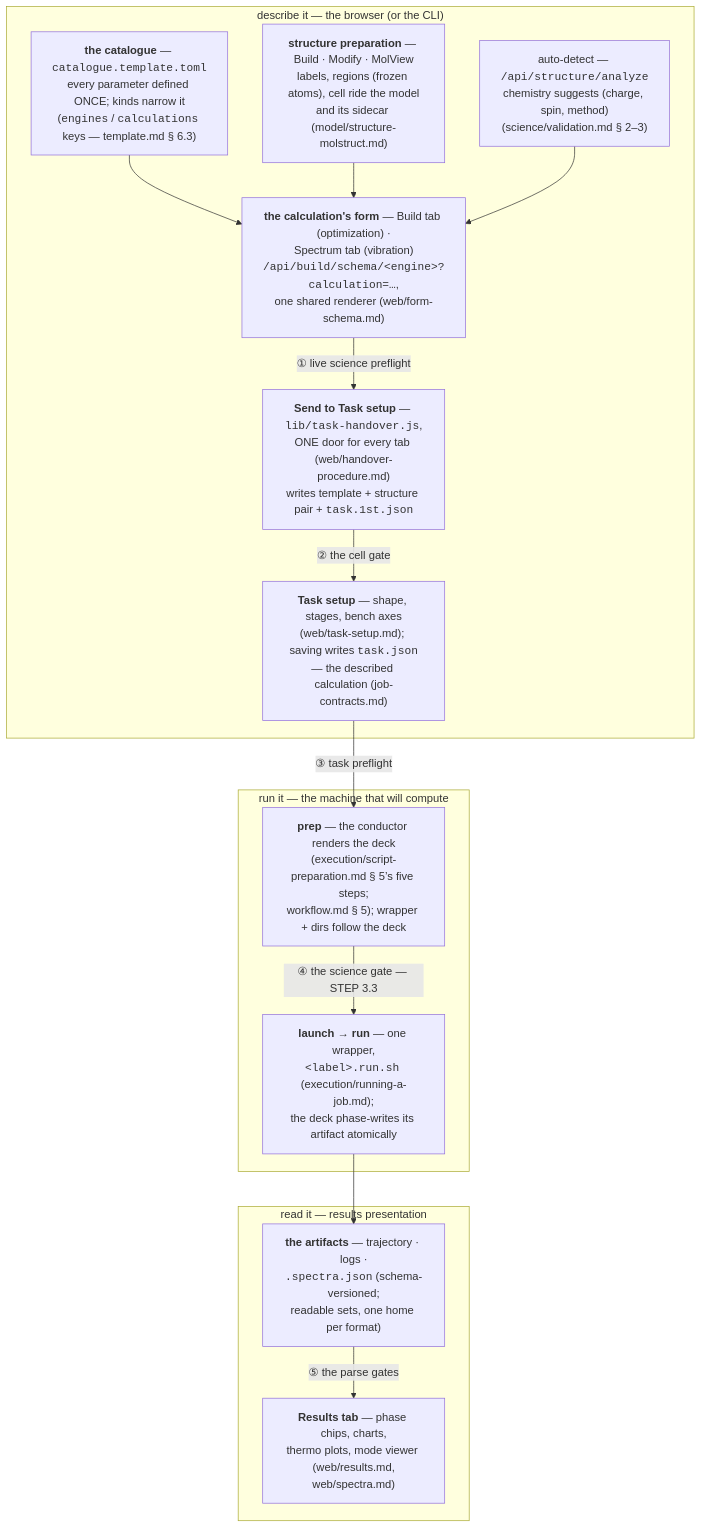
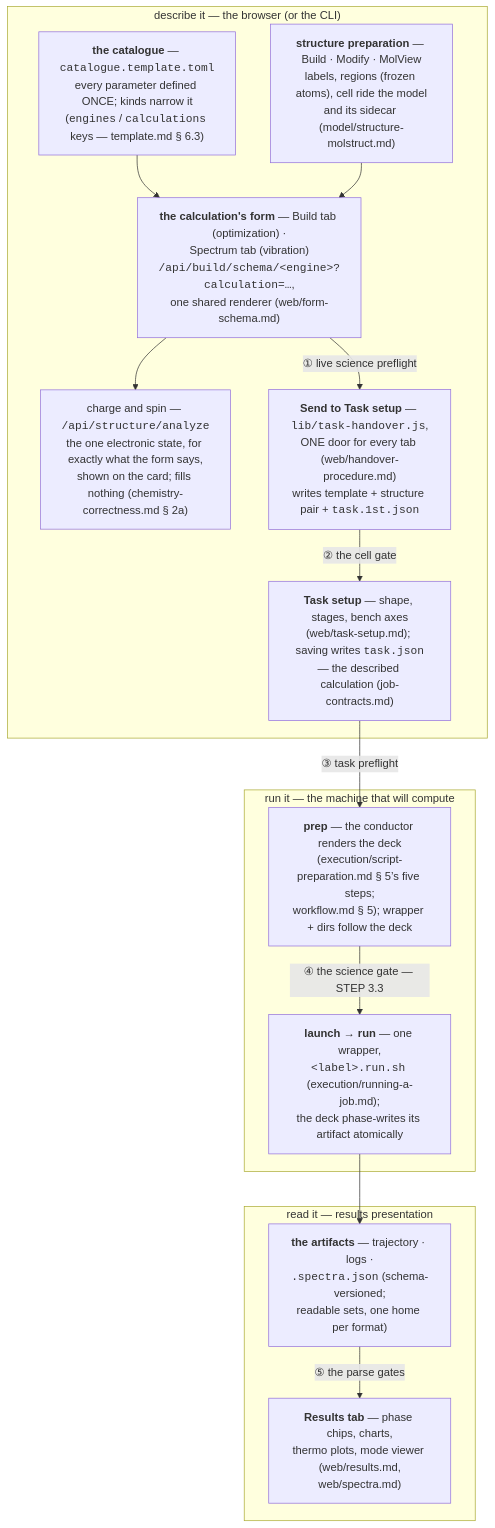
The fourth of 4 diagrams in docs/workflow.md (Qing-LAB/molbuilder), drawn with Mermaid before and after one commit. The commit also changed other lines of this file and 142 other files, not shown here.

````diff
--- a/docs/workflow.md
+++ b/docs/workflow.md
@@ -491,29 +491,29 @@
 ```mermaid
 flowchart TB
     subgraph DESCRIBE["describe it — the browser (or the CLI)"]
         CAT["<b>the catalogue</b> — <code>catalogue.template.toml</code><br/>every parameter defined ONCE; kinds narrow it<br/>(<code>engines</code> / <code>calculations</code> keys — template.md § 6.3)"]
         STRUCT["<b>structure preparation</b> — Build · Modify · MolView<br/>labels, regions (frozen atoms), cell ride the model<br/>and its sidecar (model/structure-molstruct.md)"]
         FORM["<b>the calculation's form</b> — Build tab (optimization) ·<br/>Spectrum tab (vibration)<br/><code>/api/build/schema/&lt;engine&gt;?calculation=…</code>,<br/>one shared renderer (web/form-schema.md)"]
-        DETECT["auto-detect — <code>/api/structure/analyze</code><br/>chemistry suggests (charge, spin, method)<br/>(science/validation.md § 2–3)"]
+        DETECT["charge and spin — <code>/api/structure/analyze</code><br/>the one electronic state, for exactly what the form says,<br/>shown on the card; fills nothing (chemistry-correctness.md § 2a)"]
         SEND["<b>Send to Task setup</b> — <code>lib/task-handover.js</code>,<br/>ONE door for every tab (web/handover-procedure.md)<br/>writes template + structure pair + <code>task.1st.json</code>"]
         TS["<b>Task setup</b> — shape, stages, bench axes<br/>(web/task-setup.md); saving writes <code>task.json</code><br/>— the described calculation (job-contracts.md)"]
     end
     subgraph MACHINE["run it — the machine that will compute"]
         PREP["<b>prep</b> — the conductor renders the deck<br/>(execution/script-preparation.md § 5’s five steps;<br/>workflow.md § 5); wrapper + dirs follow the deck"]
         RUN["<b>launch → run</b> — one wrapper,<br/><code>&lt;label&gt;.run.sh</code> (execution/running-a-job.md);<br/>the deck phase-writes its artifact atomically"]
     end
     subgraph READ["read it — results presentation"]
         ART["<b>the artifacts</b> — trajectory · logs ·<br/><code>.spectra.json</code> (schema-versioned;<br/>readable sets, one home per format)"]
         RES["<b>Results tab</b> — phase chips, charts,<br/>thermo plots, mode viewer (web/results.md,<br/>web/spectra.md)"]
     end
 
     CAT --> FORM
     STRUCT --> FORM
-    DETECT --> FORM
+    FORM --> DETECT
     FORM -->|"① live science preflight"| SEND
     SEND -->|"② the cell gate"| TS
     TS -->|"③ task preflight"| PREP
     PREP -->|"④ the science gate — STEP 3.3"| RUN
     RUN --> ART
     ART -->|"⑤ the parse gates"| RES
 ```
````
